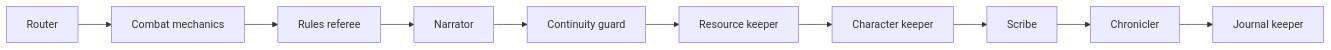
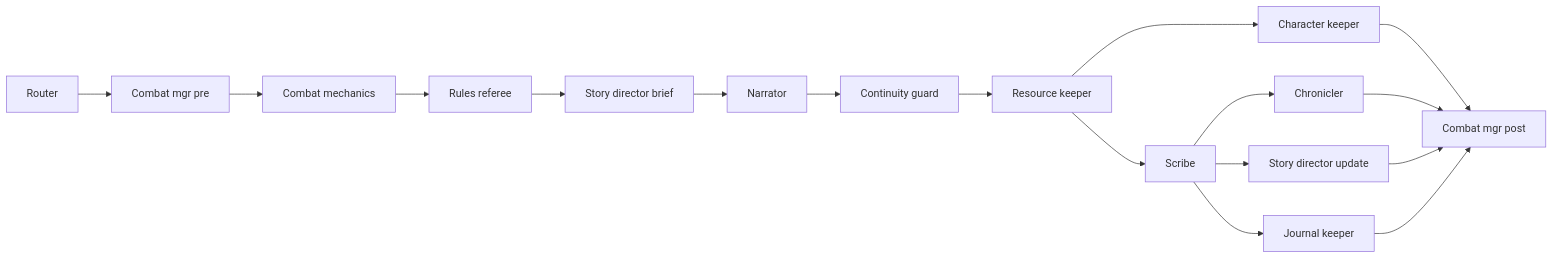
The second of 4 diagrams in README.md (Celssi/auto-dm), drawn with Mermaid before and after one commit. The commit also changed other lines of this file and 76 other files, not shown here.

````diff
--- a/README.md
+++ b/README.md
@@ -71,15 +71,19 @@
 ```mermaid
 flowchart LR
-    R[Router]
-    C[Combat mechanics]
-    RF[Rules referee]
-    N[Narrator]
-    CG[Continuity guard]
-    RK[Resource keeper]
-    K[Character keeper]
-    S[Scribe]
-    CH[Chronicler]
-    J[Journal keeper]
-
-    R --> C --> RF --> N --> CG --> RK --> K --> S --> CH --> J
+    R[Router] --> CP[Combat mgr pre]
+    CP --> C[Combat mechanics]
+    C --> RF[Rules referee]
+    RF --> SB[Story director brief]
+    SB --> N[Narrator]
+    N --> CG[Continuity guard]
+    CG --> RK[Resource keeper]
+    RK --> K[Character keeper]
+    RK --> S[Scribe]
+    S --> CH[Chronicler]
+    S --> SD[Story director update]
+    S --> J[Journal keeper]
+    K --> CM[Combat mgr post]
+    CH --> CM
+    SD --> CM
+    J --> CM
 ```
````
